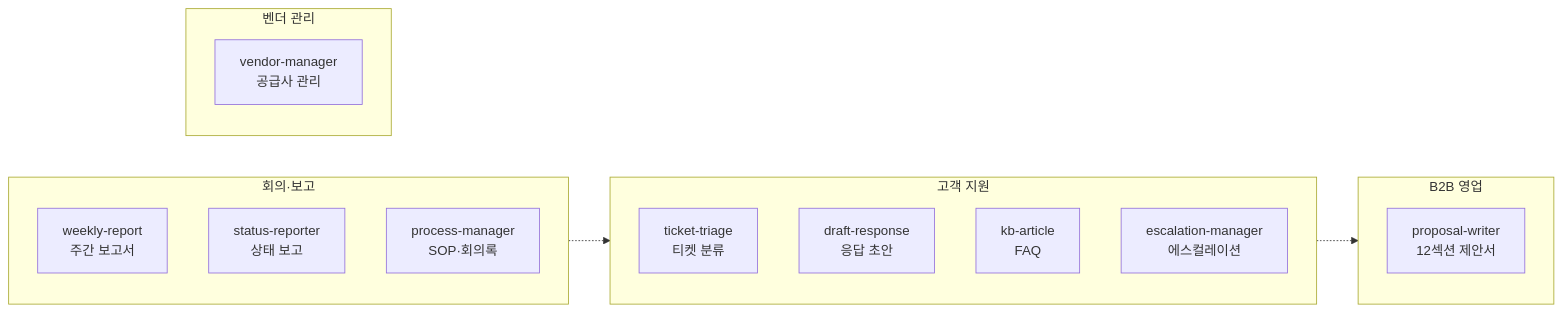
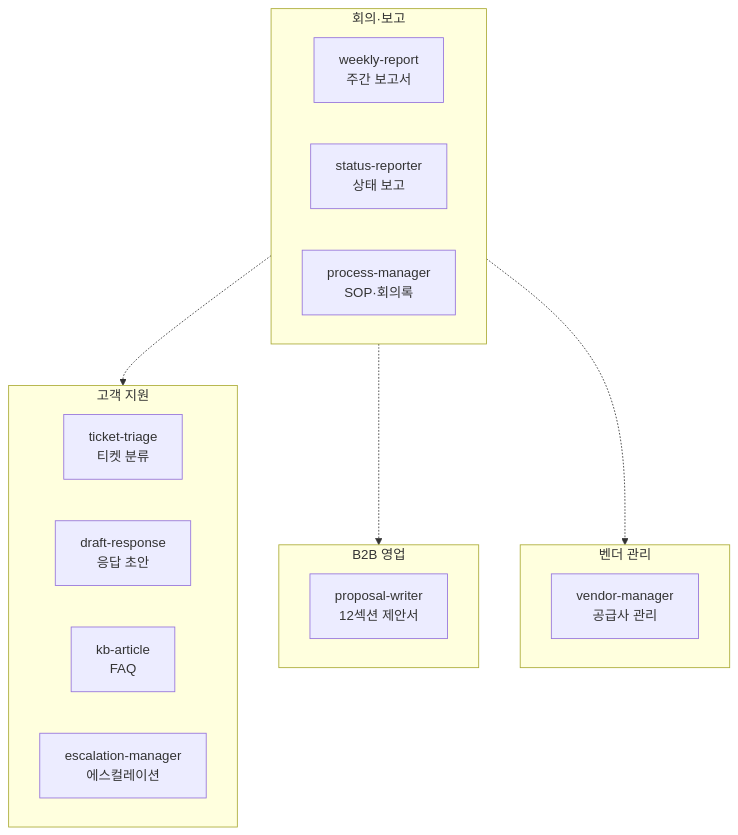
Before and after one commit to modu-ai/claude: the first of 2 diagrams in content/cookbook/tracks/track-operations.md, drawn with Mermaid. The commit also changed other lines of this file and 92 other files, not shown here.

````diff
--- a/content/cookbook/tracks/track-operations.md
+++ b/content/cookbook/tracks/track-operations.md
@@ -14,21 +14,23 @@
 ```mermaid
-flowchart LR
+flowchart TD
     subgraph 회의["회의·보고"]
         A1["weekly-report<br/>주간 보고서"]
         A2["status-reporter<br/>상태 보고"]
         A3["process-manager<br/>SOP·회의록"]
     end
     subgraph CS["고객 지원"]
         B1["ticket-triage<br/>티켓 분류"]
         B2["draft-response<br/>응답 초안"]
         B3["kb-article<br/>FAQ"]
         B4["escalation-manager<br/>에스컬레이션"]
     end
     subgraph Sales["B2B 영업"]
         C1["proposal-writer<br/>12섹션 제안서"]
     end
     subgraph Vendor["벤더 관리"]
         D1["vendor-manager<br/>공급사 관리"]
     end
-    회의 -.-> CS -.-> Sales
+    회의 -.-> CS
+    회의 -.-> Sales
+    회의 -.-> Vendor
 ```
````
